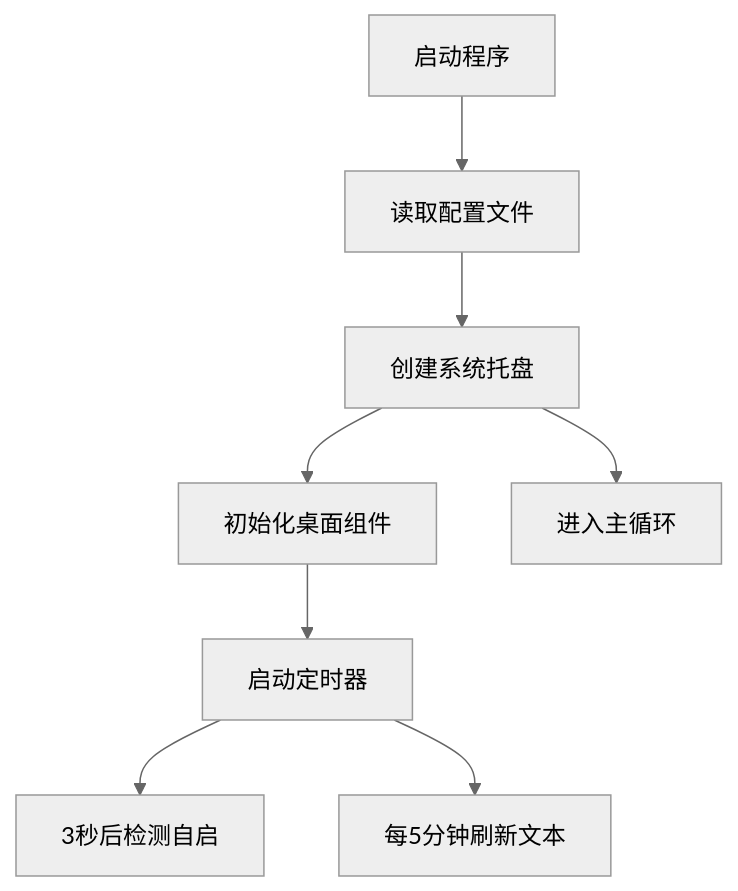
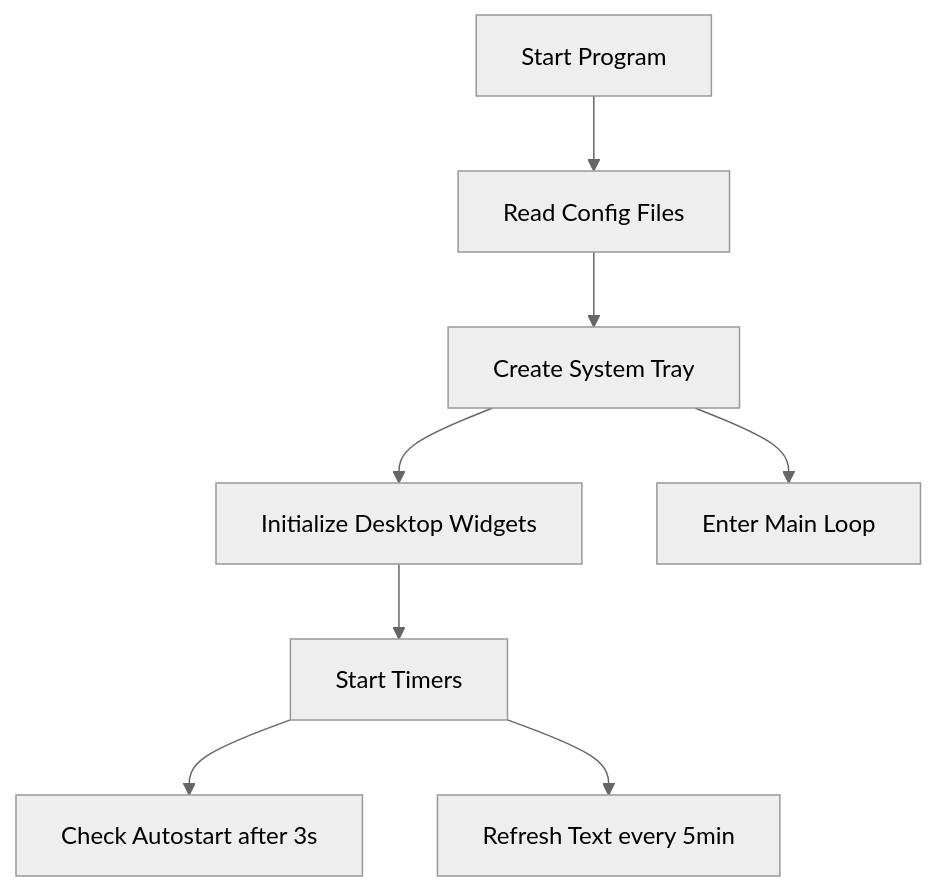
One commit to Pfolg/QuickTray changed the diagram in README.md. Above: the diagram before and after it, drawn with Mermaid (neutral theme). The commit also changed other lines of this file and 1 other file, not shown here.

````diff
--- a/README.md
+++ b/README.md
@@ -32,10 +27,10 @@
 ```mermaid
 graph TD
-A[启动程序] --> B[读取配置文件]
-B --> C[创建系统托盘]
-C --> D[初始化桌面组件]
-D --> E[启动定时器]
-E --> F[3秒后检测自启]
-E --> G[每5分钟刷新文本]
-C --> H[进入主循环]
+A[Start Program] --> B[Read Config Files]
+B --> C[Create System Tray]
+C --> D[Initialize Desktop Widgets]
+D --> E[Start Timers]
+E --> F[Check Autostart after 3s]
+E --> G[Refresh Text every 5min]
+C --> H[Enter Main Loop]
 ```
````
